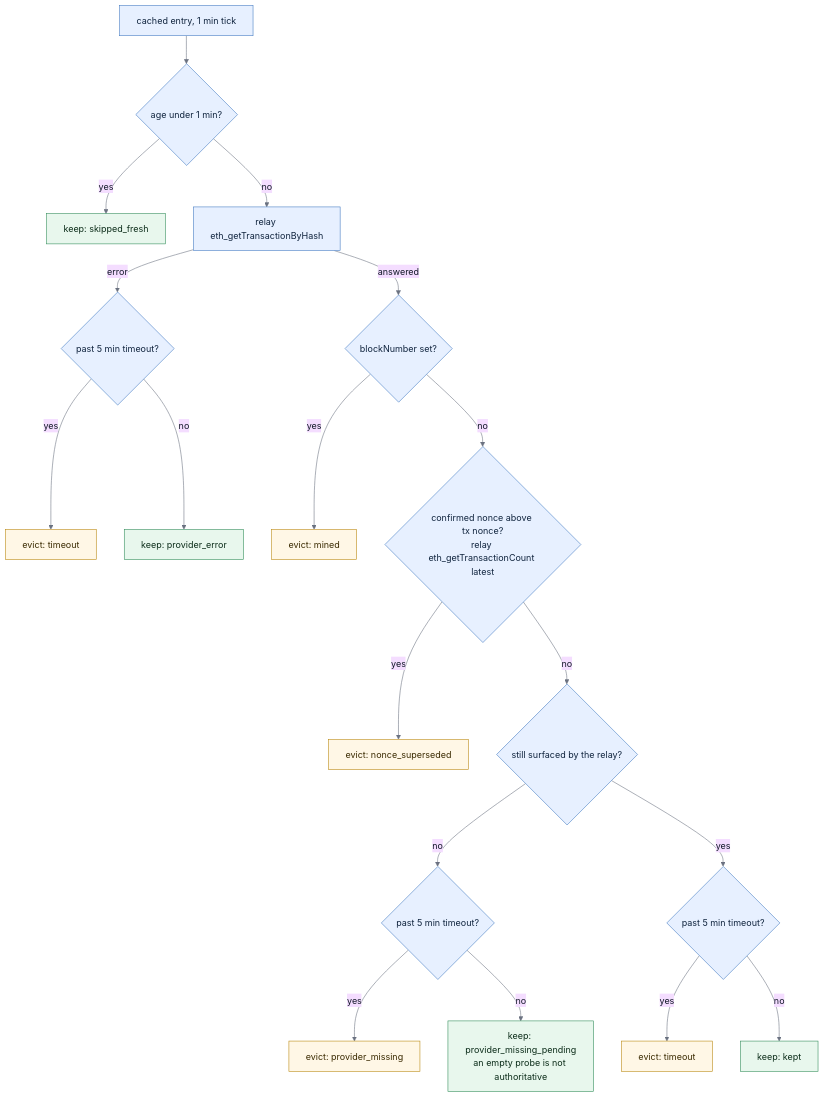
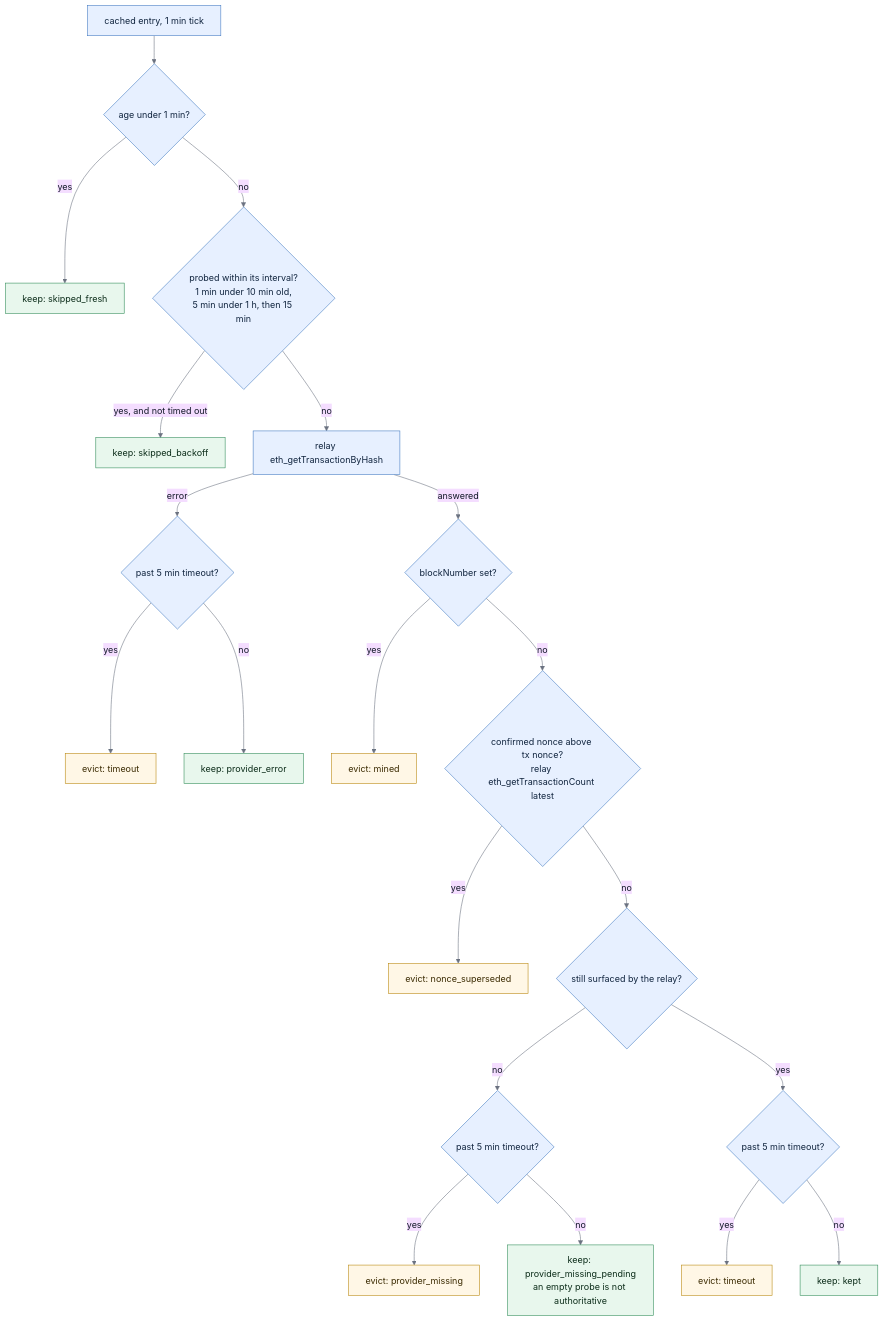
The second of 3 diagrams in docs/evm-send-mempools.md (trezor/blockbook), drawn with Mermaid before and after one commit. The commit also changed 4 other files, not shown here.

````diff
--- a/docs/evm-send-mempools.md
+++ b/docs/evm-send-mempools.md
@@ -108,47 +108,51 @@
 ```mermaid
 %%{init: {"theme": "base", "themeVariables": {"lineColor": "#6b7280", "primaryTextColor": "#111827"}}}%%
 flowchart TD
     e["cached entry, 1 min tick"]
     f{"age under 1 min?"}
     keepFresh["keep: skipped_fresh"]
+    b{"probed within its interval?<br/>1 min under 10 min old,<br/>5 min under 1 h, then 15 min"}
+    keepBackoff["keep: skipped_backoff"]
     q["relay eth_getTransactionByHash"]
     qerr{"past 5 min timeout?"}
     evTo["evict: timeout"]
     keepErr["keep: provider_error"]
     m{"blockNumber set?"}
     evMined["evict: mined"]
     s{"confirmed nonce above tx nonce?<br/>relay eth_getTransactionCount latest"}
     evSup["evict: nonce_superseded"]
     k{"still surfaced by the relay?"}
     kto{"past 5 min timeout?"}
     evMiss["evict: provider_missing"]
     keepMiss["keep: provider_missing_pending<br/>an empty probe is not authoritative"]
     yto{"past 5 min timeout?"}
     evTo2["evict: timeout"]
     keepK["keep: kept"]
 
     e --> f
     f -- "yes" --> keepFresh
-    f -- "no" --> q
+    f -- "no" --> b
+    b -- "yes, and not timed out" --> keepBackoff
+    b -- "no" --> q
     q -- "error" --> qerr
     qerr -- "yes" --> evTo
     qerr -- "no" --> keepErr
     q -- "answered" --> m
     m -- "yes" --> evMined
     m -- "no" --> s
     s -- "yes" --> evSup
     s -- "no" --> k
     k -- "no" --> kto
     kto -- "yes" --> evMiss
     kto -- "no" --> keepMiss
     k -- "yes" --> yto
     yto -- "yes" --> evTo2
     yto -- "no" --> keepK
 
     classDef step fill:#e7f0ff,stroke:#4078c0,color:#10243e;
     classDef keep fill:#e8f7ed,stroke:#2e8b57,color:#0b2c19;
     classDef evict fill:#fff7e6,stroke:#b8860b,color:#3a2a00;
-    class e,f,q,qerr,m,s,k,kto,yto step;
-    class keepFresh,keepErr,keepMiss,keepK keep;
+    class e,f,b,q,qerr,m,s,k,kto,yto step;
+    class keepFresh,keepBackoff,keepErr,keepMiss,keepK keep;
     class evTo,evTo2,evMined,evSup,evMiss evict;
 ```
````
